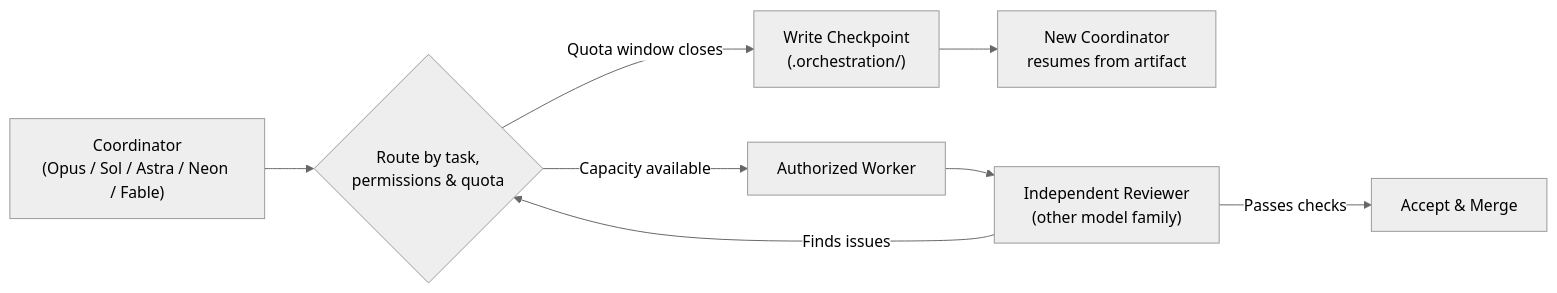
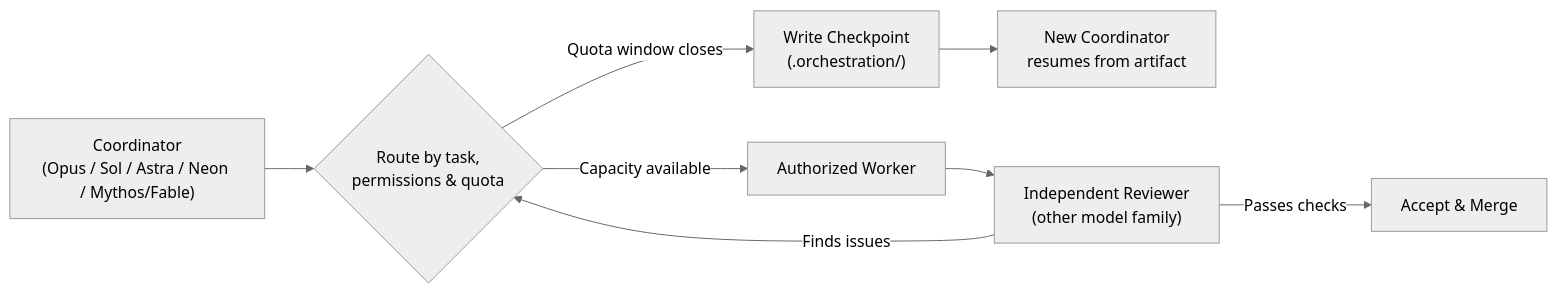
Before and after one commit to ahmedkececi/orchestration-skills: the first of 2 diagrams in README.md, drawn with Mermaid (neutral theme). The commit also changed other lines of this file and 29 other files, not shown here.

````diff
--- a/README.md
+++ b/README.md
@@ -34,10 +46,10 @@
 ```mermaid
 flowchart LR
-    C["Coordinator\n(Opus / Sol / Astra / Neon / Fable)"] --> R{"Route by task,\npermissions & quota"}
+    C["Coordinator\n(Opus / Sol / Astra / Neon / Mythos/Fable)"] --> R{"Route by task,\npermissions & quota"}
     R -->|"Capacity available"| W["Authorized Worker"]
     R -->|"Quota window closes"| H["Write Checkpoint\n(.orchestration/)"]
     H --> C2["New Coordinator\nresumes from artifact"]
     W --> REV["Independent Reviewer\n(other model family)"]
     REV -->|"Passes checks"| OK["Accept & Merge"]
     REV -->|"Finds issues"| R
 ```
````
